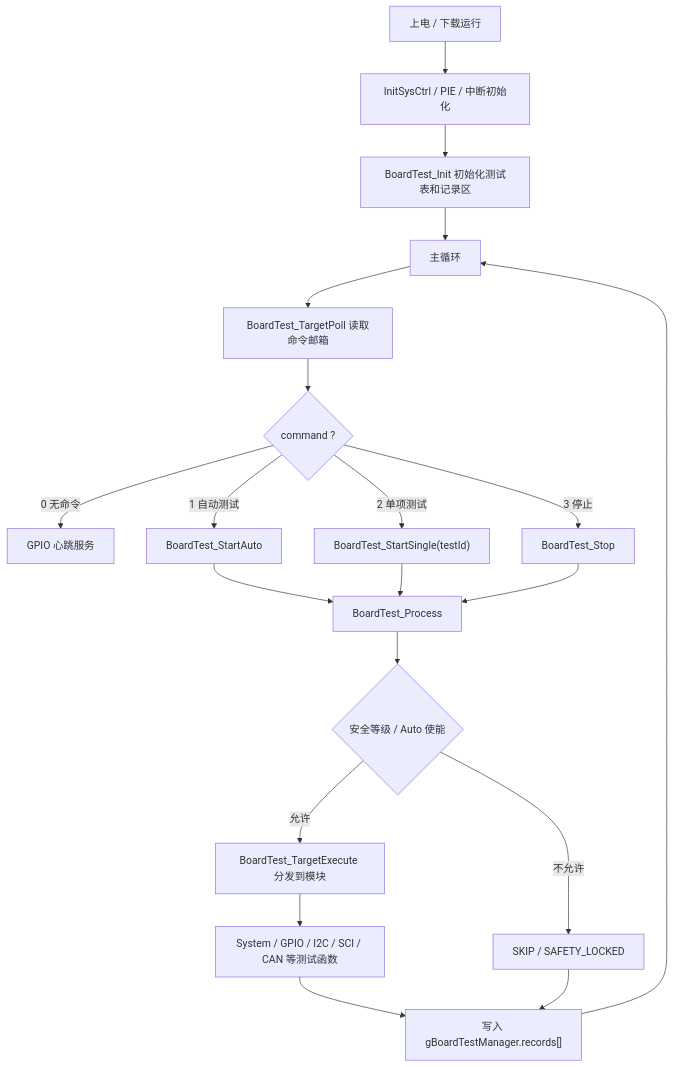
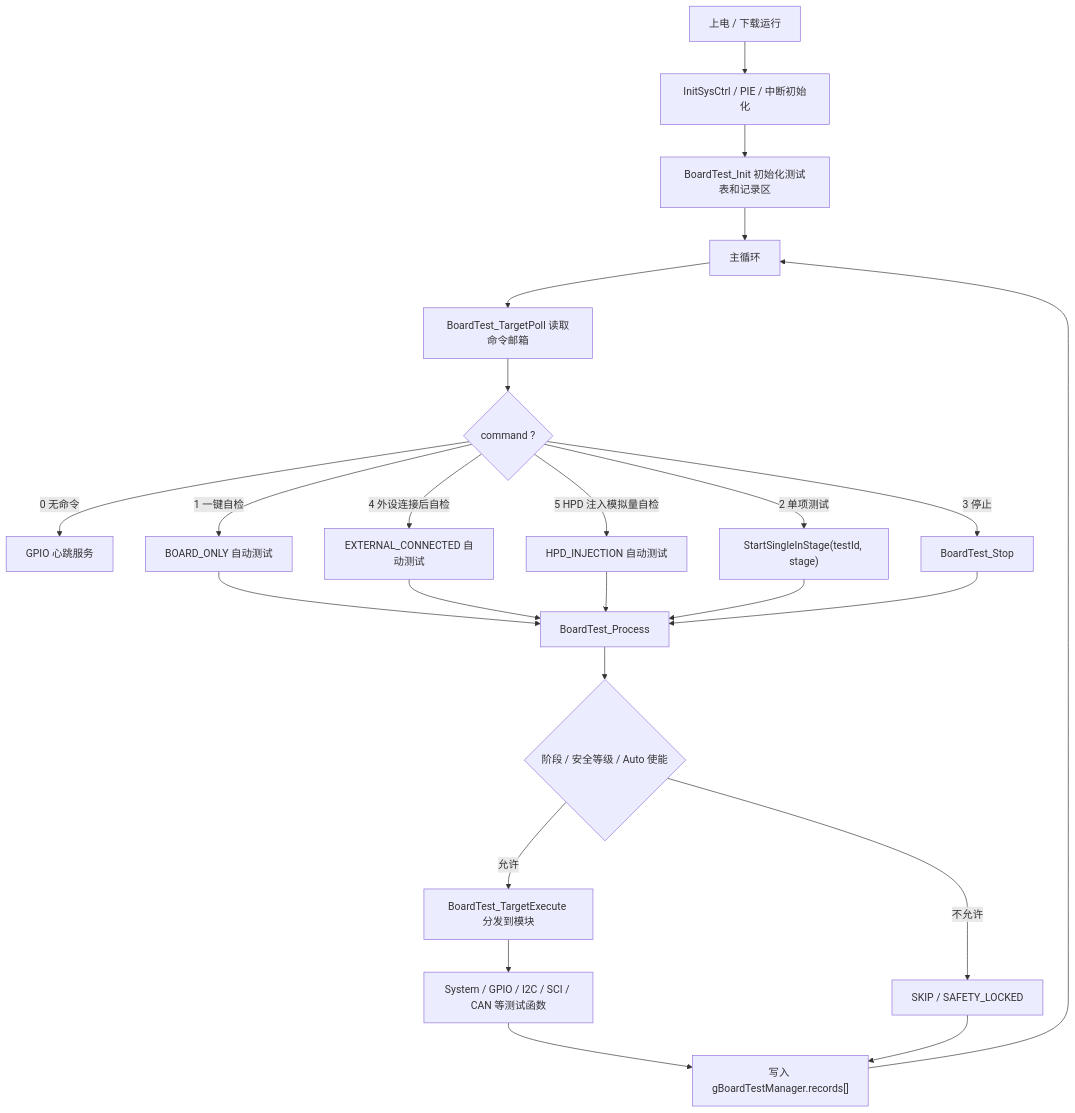
One commit to zhouyinqi/Lab14_Example_2837xD_IIC_liushui changed the first of 2 diagrams in 设计方案大纲-当前进度.md. Above: the diagram before and after it, drawn with Mermaid. The commit also changed other lines of this file and 6 other files, not shown here.

Commit message:
Add staged external and HPD test modes

````diff
--- a/设计方案大纲-当前进度.md
+++ b/设计方案大纲-当前进度.md
@@ -65,22 +65,26 @@
 ```mermaid
 flowchart TD
     A["上电 / 下载运行"] --> B["InitSysCtrl / PIE / 中断初始化"]
     B --> C["BoardTest_Init 初始化测试表和记录区"]
     C --> D["主循环"]
     D --> E["BoardTest_TargetPoll 读取命令邮箱"]
     E --> F{"command ?"}
     F -->|0 无命令| G["GPIO 心跳服务"]
-    F -->|1 自动测试| H["BoardTest_StartAuto"]
-    F -->|2 单项测试| I["BoardTest_StartSingle(testId)"]
+    F -->|1 一键自检| H["BOARD_ONLY 自动测试"]
+    F -->|4 外设连接后自检| Q["EXTERNAL_CONNECTED 自动测试"]
+    F -->|5 HPD 注入模拟量自检| R["HPD_INJECTION 自动测试"]
+    F -->|2 单项测试| I["StartSingleInStage(testId, stage)"]
     F -->|3 停止| J["BoardTest_Stop"]
     H --> K["BoardTest_Process"]
+    Q --> K
+    R --> K
     I --> K
     J --> K
-    K --> L{"安全等级 / Auto 使能"}
+    K --> L{"阶段 / 安全等级 / Auto 使能"}
     L -->|允许| M["BoardTest_TargetExecute 分发到模块"]
     L -->|不允许| N["SKIP / SAFETY_LOCKED"]
     M --> O["System / GPIO / I2C / SCI / CAN 等测试函数"]
     O --> P["写入 gBoardTestManager.records[]"]
     N --> P
     P --> D
 ```
````
